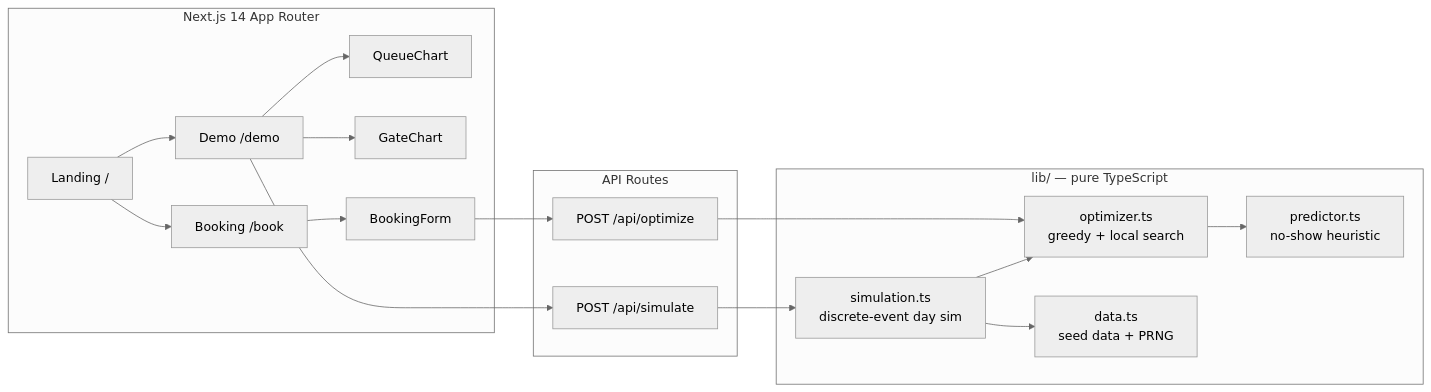
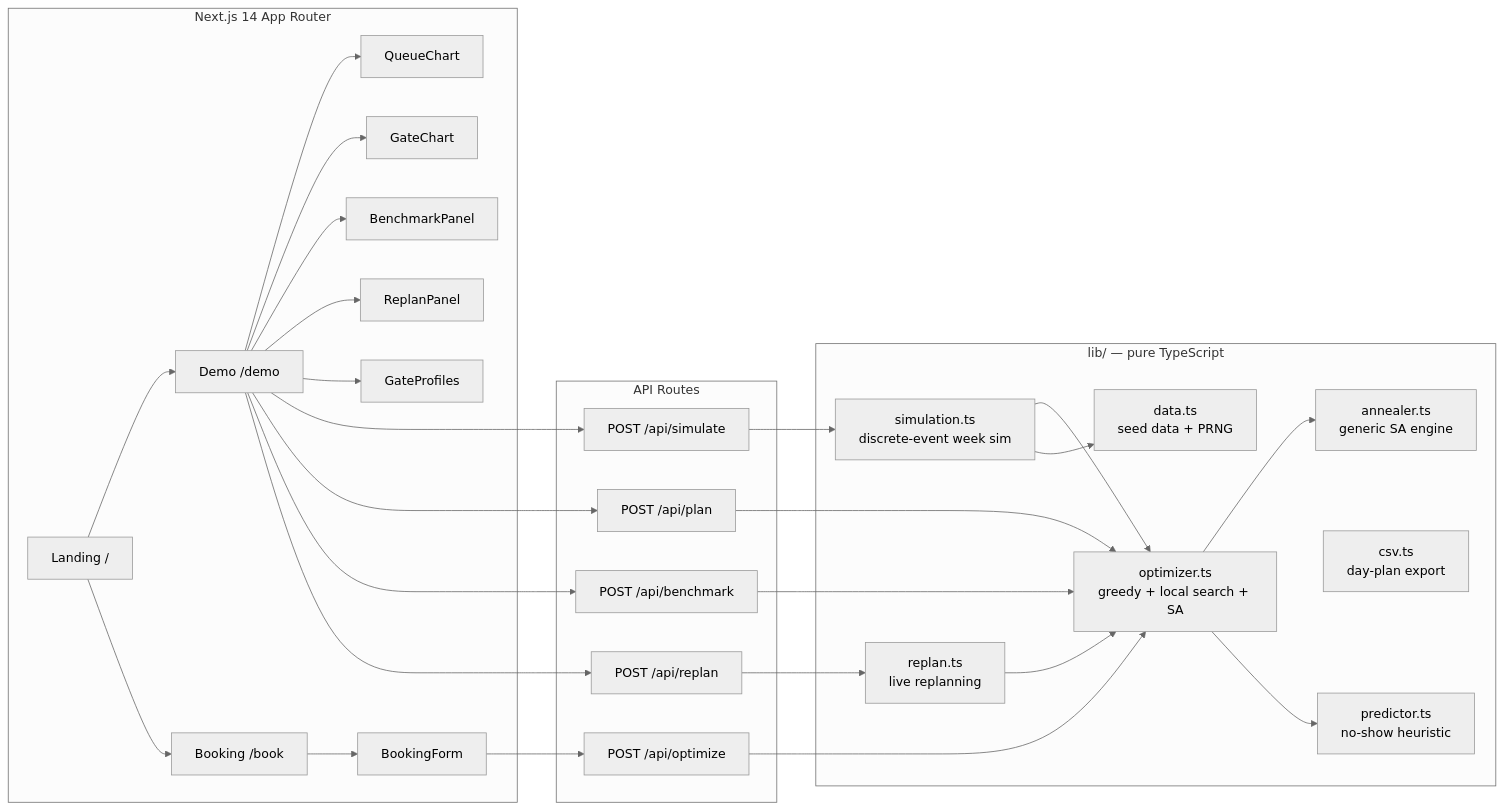
The diagram in README.md (eliem08/tas-casablanca), drawn with Mermaid (neutral theme) before and after one commit. The commit also changed other lines of this file, not shown here.

Commit message:
upgrade: 7-day horizon + annealing + replanning + per-gate model + CSV (batch 4/4)

````diff
--- a/README.md
+++ b/README.md
@@ -49,25 +86,39 @@
 ```mermaid
 flowchart LR
     subgraph UI [Next.js 14 App Router]
         L[Landing /] --> D[Demo /demo]
         L --> B[Booking /book]
         D --> C1[QueueChart]
         D --> C2[GateChart]
+        D --> C3[BenchmarkPanel]
+        D --> C4[ReplanPanel]
+        D --> C5[GateProfiles]
         B --> F[BookingForm]
     end
     subgraph API [API Routes]
         O[POST /api/optimize]
         S[POST /api/simulate]
+        P[POST /api/plan]
+        BM[POST /api/benchmark]
+        R[POST /api/replan]
     end
     subgraph CORE [lib/ — pure TypeScript]
-        OPT[optimizer.ts<br/>greedy + local search]
+        OPT[optimizer.ts<br/>greedy + local search + SA]
+        ANN[annealer.ts<br/>generic SA engine]
+        REP[replan.ts<br/>live replanning]
+        CSV[csv.ts<br/>day-plan export]
         PRE[predictor.ts<br/>no-show heuristic]
-        SIM[simulation.ts<br/>discrete-event day sim]
+        SIM[simulation.ts<br/>discrete-event week sim]
         DAT[data.ts<br/>seed data + PRNG]
     end
     F --> O --> OPT
     D --> S --> SIM
+    D --> P --> OPT
+    D --> BM --> OPT
+    D --> R --> REP
+    REP --> OPT
     SIM --> OPT
+    OPT --> ANN
     OPT --> PRE
     SIM --> DAT
 ```
````
